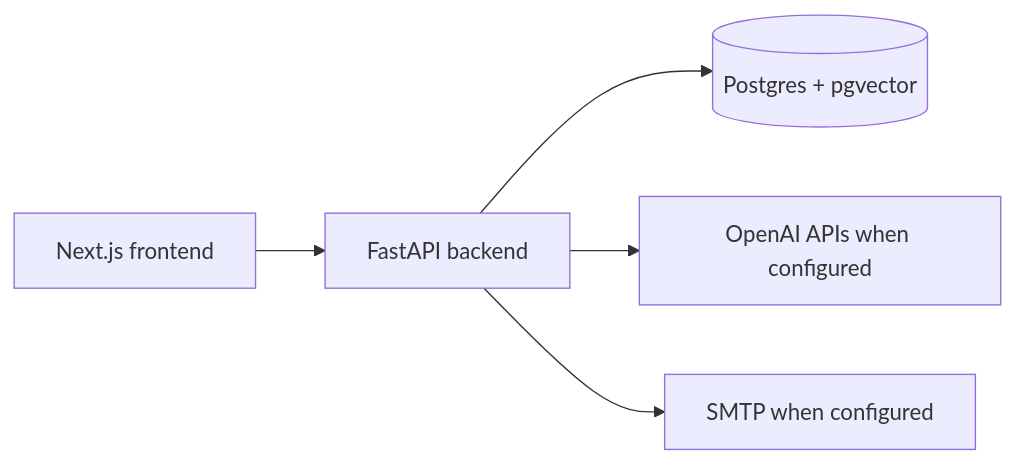
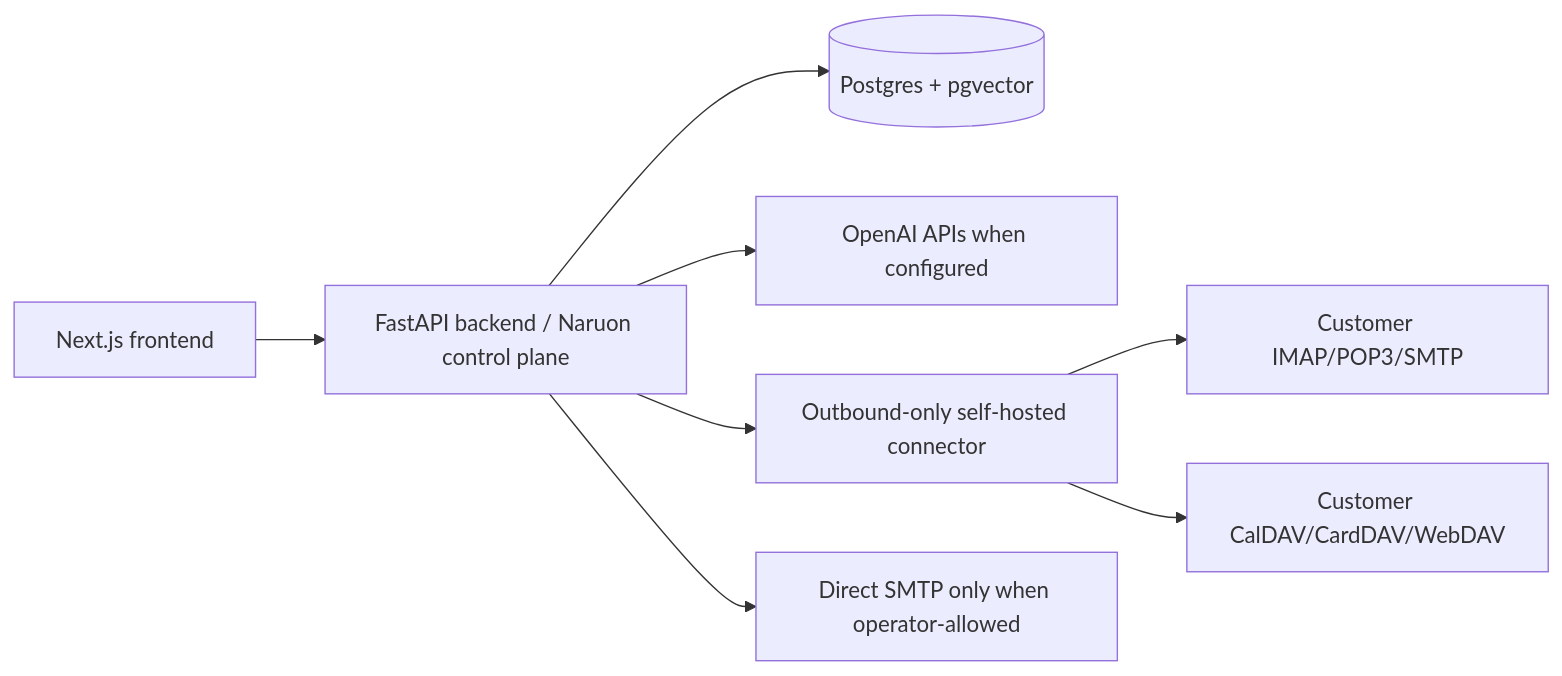
One commit to Seongho-Bae/naruon changed the diagram in ARCHITECTURE.md. Above: the diagram before and after it, drawn with Mermaid. The commit also changed other lines of this file and 21 other files, not shown here.

````diff
--- a/ARCHITECTURE.md
+++ b/ARCHITECTURE.md
@@ -5,7 +5,10 @@
 ```mermaid
 flowchart LR
-  UI[Next.js frontend] --> API[FastAPI backend]
+  UI[Next.js frontend] --> API[FastAPI backend / Naruon control plane]
   API --> DB[(Postgres + pgvector)]
   API --> LLM[OpenAI APIs when configured]
-  API --> SMTP[SMTP when configured]
+  API --> CONN[Outbound-only self-hosted connector]
+  CONN --> MAIL[Customer IMAP/POP3/SMTP]
+  CONN --> DAV[Customer CalDAV/CardDAV/WebDAV]
+  API --> SMTP[Direct SMTP only when operator-allowed]
 ```
````
